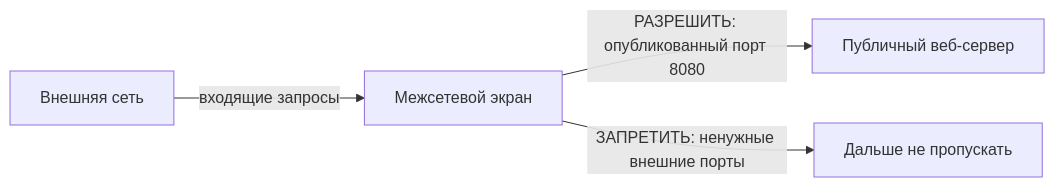
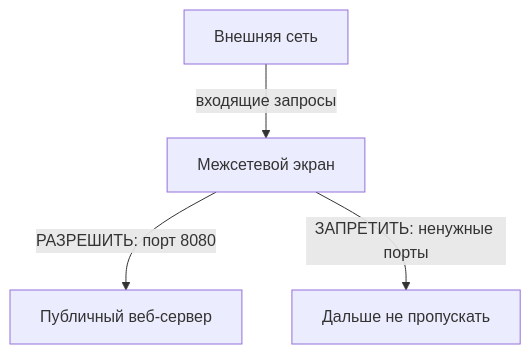
One commit to 11ndra/spvo changed the first of 4 diagrams in docs/course/01-intro.md. Above: the diagram before and after it, drawn with Mermaid. The commit also changed other lines of this file and 11 other files, not shown here.

````diff
--- a/docs/course/01-intro.md
+++ b/docs/course/01-intro.md
@@ -42,6 +42,9 @@
 ```mermaid
-flowchart LR
+flowchart TB
     I["Внешняя сеть"] -->|входящие запросы| F["Межсетевой экран"]
-    F -->|РАЗРЕШИТЬ: опубликованный порт 8080| W["Публичный веб-сервер"]
-    F -->|ЗАПРЕТИТЬ: ненужные внешние порты| B["Дальше не пропускать"]
+    F -->|РАЗРЕШИТЬ: порт 8080| W["Публичный веб-сервер"]
+    F -->|ЗАПРЕТИТЬ: ненужные порты| B["Дальше не пропускать"]
+    class I,W mm-endpoint
+    class F mm-control
+    class B mm-result
 ```
````
